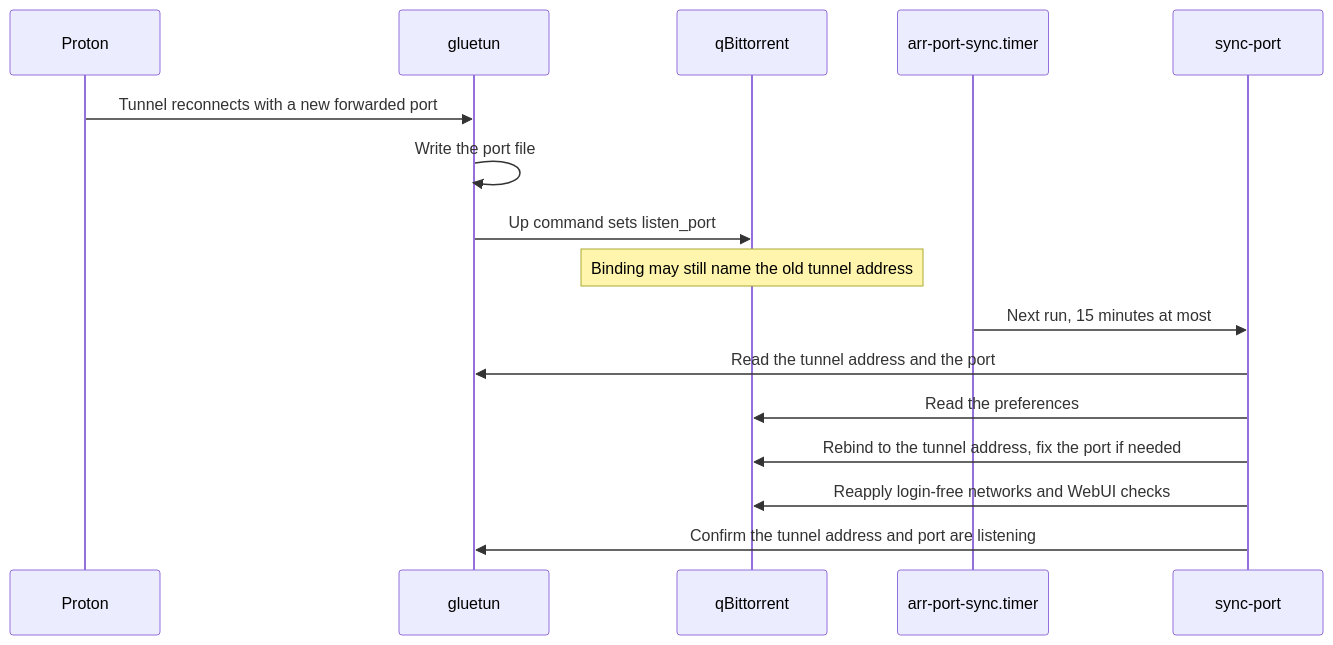
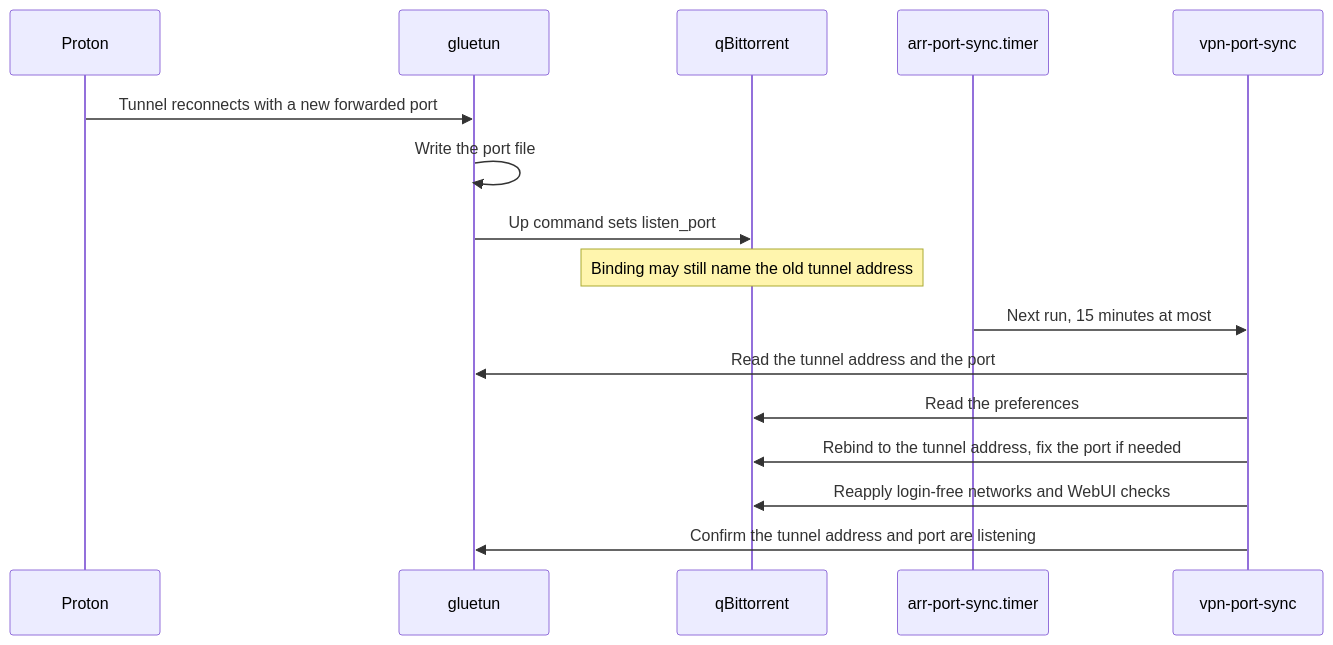
One commit to bugrauluyurt/homelab-media-stack changed the second of 3 diagrams in docs/flows/vpn-and-ports.md. Above: the diagram before and after it, drawn with Mermaid. The commit also changed other lines of this file and 200 other files, not shown here.

````diff
--- a/docs/flows/vpn-and-ports.md
+++ b/docs/flows/vpn-and-ports.md
@@ -120,18 +120,18 @@
 ```mermaid
 sequenceDiagram
   participant P as Proton
   participant G as gluetun
   participant Q as qBittorrent
   participant T as arr-port-sync.timer
-  participant S as sync-port
+  participant S as vpn-port-sync
   P->>G: Tunnel reconnects with a new forwarded port
   G->>G: Write the port file
   G->>Q: Up command sets listen_port
   Note over Q: Binding may still name the old tunnel address
   T->>S: Next run, 15 minutes at most
   S->>G: Read the tunnel address and the port
   S->>Q: Read the preferences
   S->>Q: Rebind to the tunnel address, fix the port if needed
   S->>Q: Reapply login-free networks and WebUI checks
   S->>G: Confirm the tunnel address and port are listening
 ```
````
